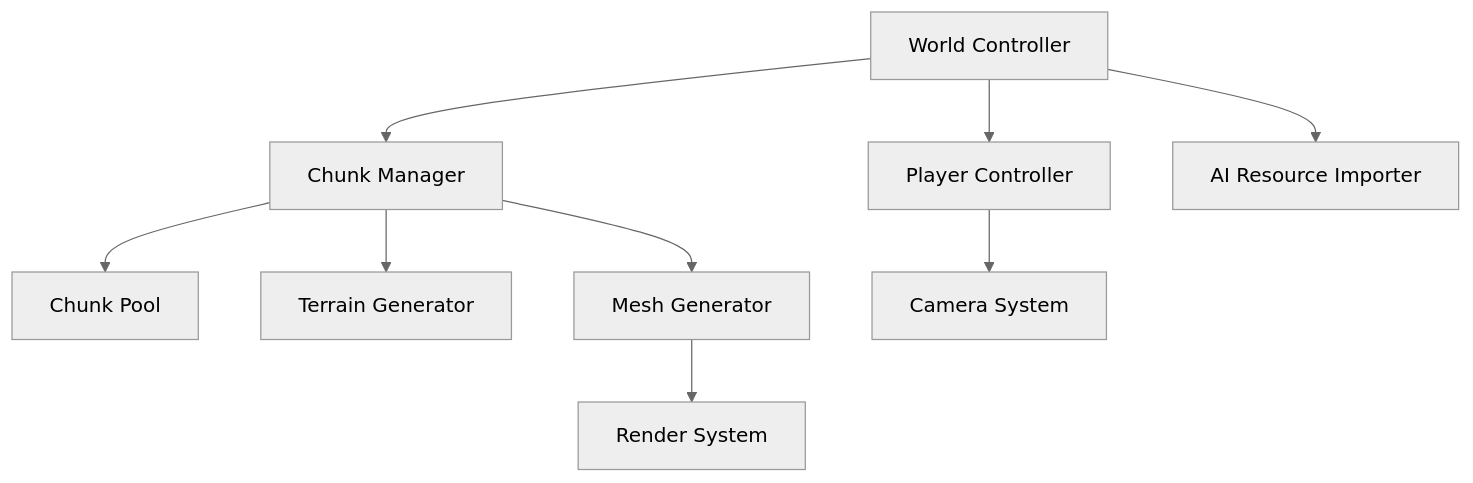
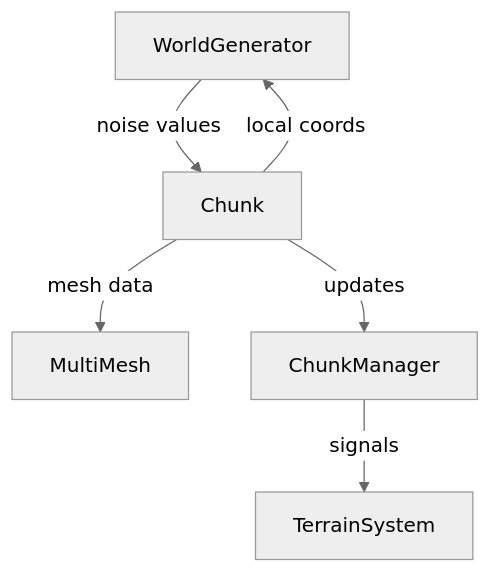
The second of 4 diagrams in memory-bank/systemPatterns.md (BerkZerker/Godot-Voxel-Demo), drawn with Mermaid (neutral theme) before and after one commit. The commit also changed other lines of this file and 15 other files, not shown here.

````diff
--- a/memory-bank/systemPatterns.md
+++ b/memory-bank/systemPatterns.md
@@ -6,14 +35,8 @@
 ```mermaid
-flowchart TD
-    World[World Controller] --> ChunkManager[Chunk Manager]
-    ChunkManager --> ChunkPool[Chunk Pool]
-    ChunkManager --> TerrainGen[Terrain Generator]
-    
-    World --> Player[Player Controller]
-    Player --> Camera[Camera System]
-    
-    ChunkManager --> MeshGen[Mesh Generator]
-    MeshGen --> RenderSystem[Render System]
-    
-    World --> AIImporter[AI Resource Importer]
+graph TD
+    WG[WorldGenerator] -- noise values --> Ch[Chunk]
+    Ch -- local coords --> WG
+    Ch -- mesh data --> MM[MultiMesh]
+    Ch -- updates --> CM[ChunkManager]
+    CM -- signals --> TS[TerrainSystem]
 ```
````
